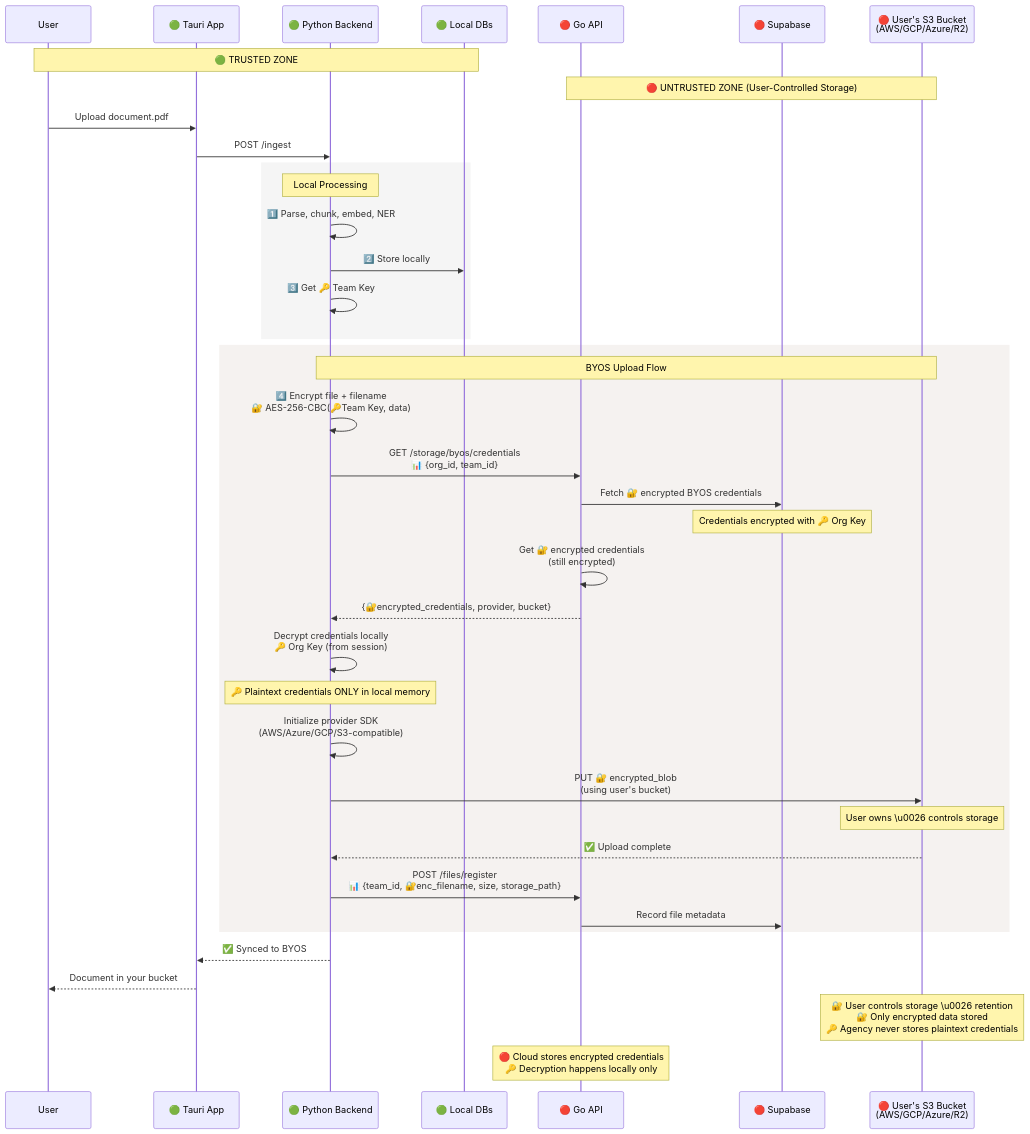
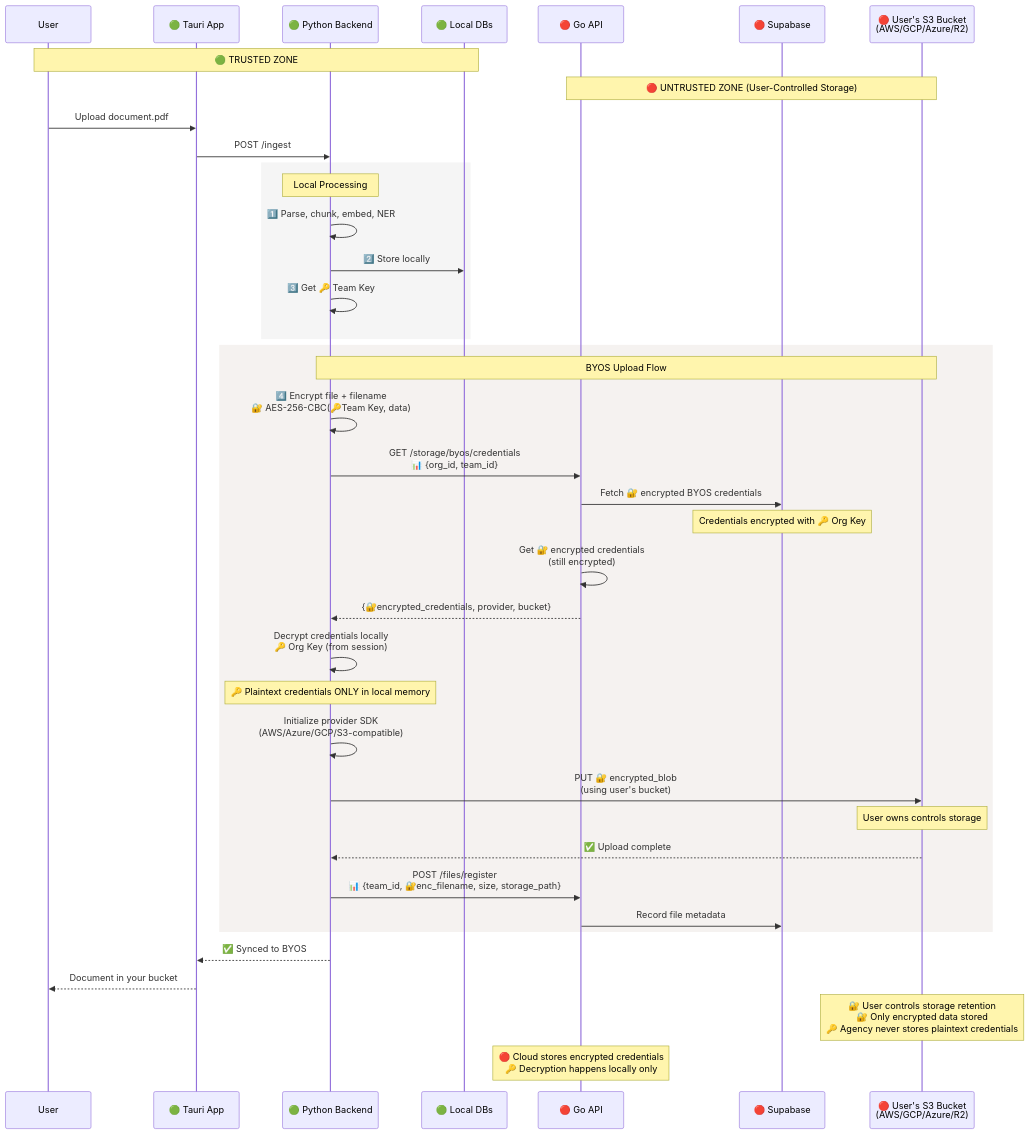
Before and after one commit to getagencyapp/docs: the fifth of 11 diagrams in 07a. Security Flow Diagrams.md, drawn with Mermaid. The commit also changed other lines of this file, not shown here.

Commit message:
Update security flow diagrams for clarity and consistency

````diff
--- a/07a. Security Flow Diagrams.md
+++ b/07a. Security Flow Diagrams.md
@@ -228,55 +228,55 @@
 ```mermaid
 sequenceDiagram
     participant User
     participant TauriApp as 🟢 Tauri App
     participant PyBackend as 🟢 Python Backend
     participant LocalDBs as 🟢 Local DBs
     participant GoAPI as 🔴 Go API
     participant Supabase as 🔴 Supabase
     participant UserS3 as 🔴 User's S3 Bucket<br/>(AWS/GCP/Azure/R2)
 
     Note over User,LocalDBs: 🟢 TRUSTED ZONE
     Note over GoAPI,UserS3: 🔴 UNTRUSTED ZONE (User-Controlled Storage)
     
     User->>TauriApp: Upload document.pdf
     TauriApp->>PyBackend: POST /ingest
     
     rect rgb(245, 245, 245)
         Note over PyBackend: Local Processing
         PyBackend->>PyBackend: 1️⃣ Parse, chunk, embed, NER
         PyBackend->>LocalDBs: 2️⃣ Store locally
         PyBackend->>PyBackend: 3️⃣ Get 🔑 Team Key
     end
     
     rect rgb(245, 242, 240)
         Note over PyBackend,UserS3: BYOS Upload Flow
         
         PyBackend->>PyBackend: 4️⃣ Encrypt file + filename<br/>🔐 AES-256-CBC(🔑Team Key, data)
         
         PyBackend->>GoAPI: GET /storage/byos/credentials<br/>📊 {org_id, team_id}
         
         GoAPI->>Supabase: Fetch 🔐 encrypted BYOS credentials
         Note over Supabase: Credentials encrypted with 🔑 Org Key
         
         GoAPI->>GoAPI: Get 🔐 encrypted credentials<br/>(still encrypted)
         GoAPI-->>PyBackend: {🔐encrypted_credentials, provider, bucket}
         
         PyBackend->>PyBackend: Decrypt credentials locally<br/>🔑 Org Key (from session)
         Note over PyBackend: 🔑 Plaintext credentials ONLY in local memory
         
         PyBackend->>PyBackend: Initialize provider SDK<br/>(AWS/Azure/GCP/S3-compatible)
         
         PyBackend->>UserS3: PUT 🔐 encrypted_blob<br/>(using user's bucket)
-        Note over UserS3: User owns \u0026 controls storage
+        Note over UserS3: User owns controls storage
         UserS3-->>PyBackend: ✅ Upload complete
         
         PyBackend->>GoAPI: POST /files/register<br/>📊 {team_id, 🔐enc_filename, size, storage_path}
         GoAPI->>Supabase: Record file metadata
     end
     
     PyBackend-->>TauriApp: ✅ Synced to BYOS
     TauriApp-->>User: Document in your bucket
     
-    Note over UserS3: 🔐 User controls storage \u0026 retention<br/>🔐 Only encrypted data stored<br/>🔑 Agency never stores plaintext credentials
+    Note over UserS3: 🔐 User controls storage retention<br/>🔐 Only encrypted data stored<br/>🔑 Agency never stores plaintext credentials
     Note over GoAPI: 🔴 Cloud stores encrypted credentials<br/>🔑 Decryption happens locally only
 ```
````
